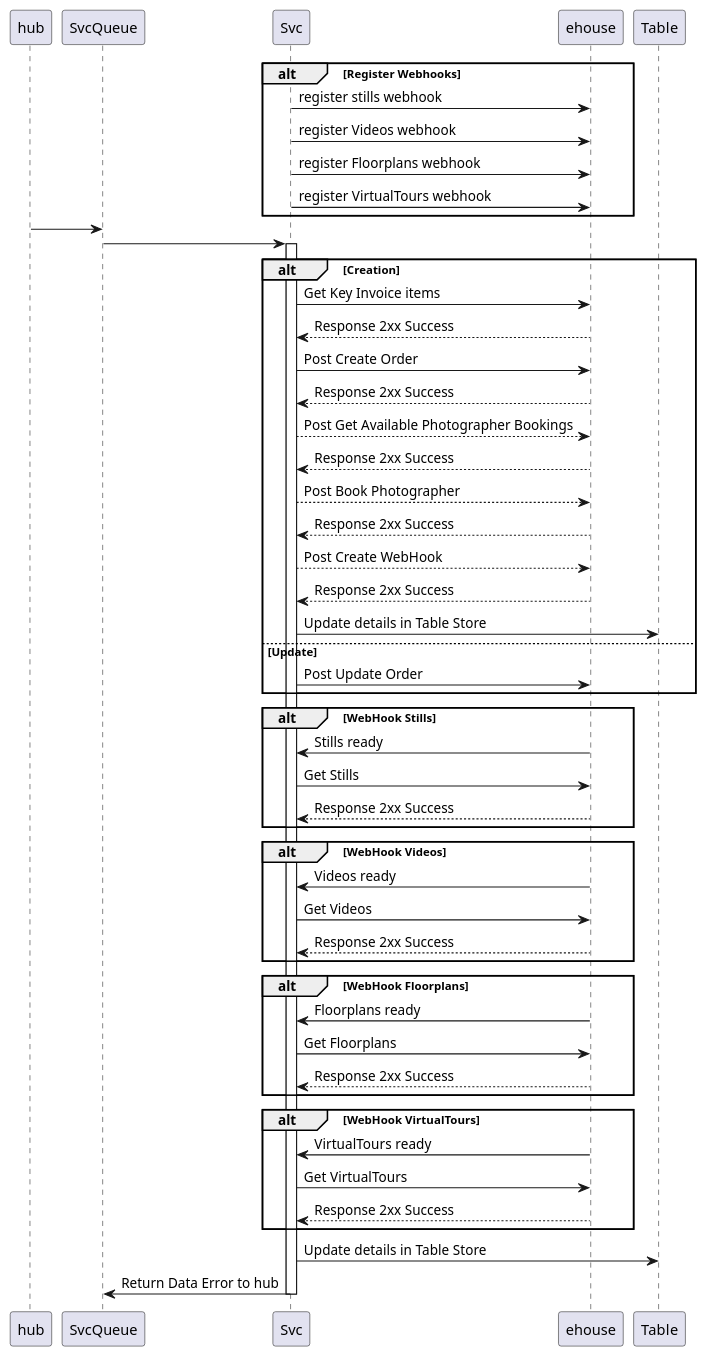
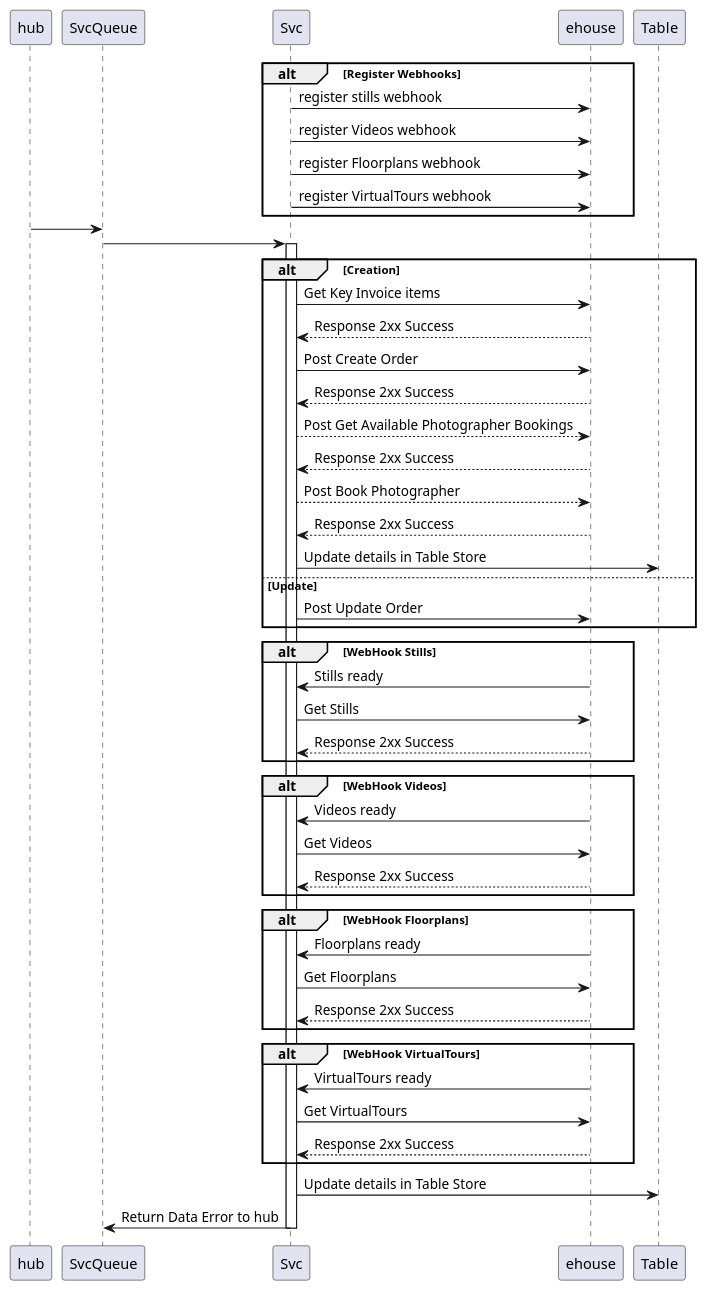
One commit to Kf-GaryNewport/Kf-GaryNewport.github.io changed the diagram in assets/eHouse/Order-seq.puml. Above: the diagram before and after it, drawn with PlantUML.

```diff
--- a/assets/eHouse/Order-seq.puml
+++ b/assets/eHouse/Order-seq.puml
@@ -1,74 +1,70 @@
 @startuml ehouse Order Sequence
 
 participant hub
 participant SvcQueue
 participant Svc
 participant ehouse
 participant Table
 
 alt Register Webhooks
 Svc -> ehouse : register stills webhook
 Svc -> ehouse : register Videos webhook
 Svc -> ehouse : register Floorplans webhook
 Svc -> ehouse : register VirtualTours webhook
 end 
 
 
 hub -> SvcQueue
 SvcQueue -> Svc
 Activate Svc
 
 alt Creation
 Svc -> ehouse : Get Key Invoice items
 Svc <-- ehouse : Response 2xx Success
-
-
 Svc -> ehouse : Post Create Order 
 Svc <-- ehouse : Response 2xx Success
 Svc --> ehouse : Post Get Available Photographer Bookings
 Svc <-- ehouse : Response 2xx Success
 Svc --> ehouse : Post Book Photographer
-Svc <-- ehouse : Response 2xx Success
-Svc --> ehouse : Post Create WebHook
 Svc <-- ehouse : Response 2xx Success
 
 Svc -> Table : Update details in Table Store
 
 else Update
 Svc -> ehouse : Post Update Order
 end
 
 
 alt WebHook Stills
 ehouse -> Svc : Stills ready
 Svc -> ehouse : Get Stills
 Svc <-- ehouse : Response 2xx Success
 end
 
 alt WebHook Videos
 ehouse -> Svc : Videos ready
 Svc -> ehouse : Get Videos
 Svc <-- ehouse : Response 2xx Success
 end
 
 alt WebHook Floorplans
 ehouse -> Svc : Floorplans ready
 Svc -> ehouse : Get Floorplans
 Svc <-- ehouse : Response 2xx Success
 end
 
 alt WebHook VirtualTours
 ehouse -> Svc : VirtualTours ready
 Svc -> ehouse : Get VirtualTours
 Svc <-- ehouse : Response 2xx Success
 end
 
 Svc -> Table : Update details in Table Store
 Svc -> SvcQueue : Return Data Error to hub
 
 
 Deactivate Svc
 
 
 
 @enduml
```
